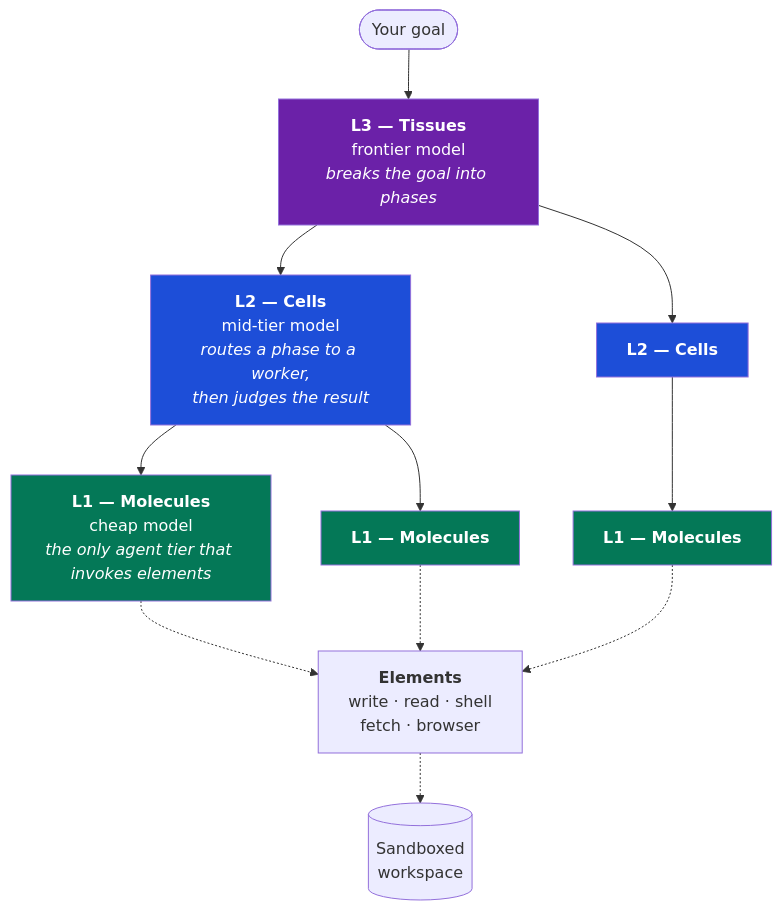
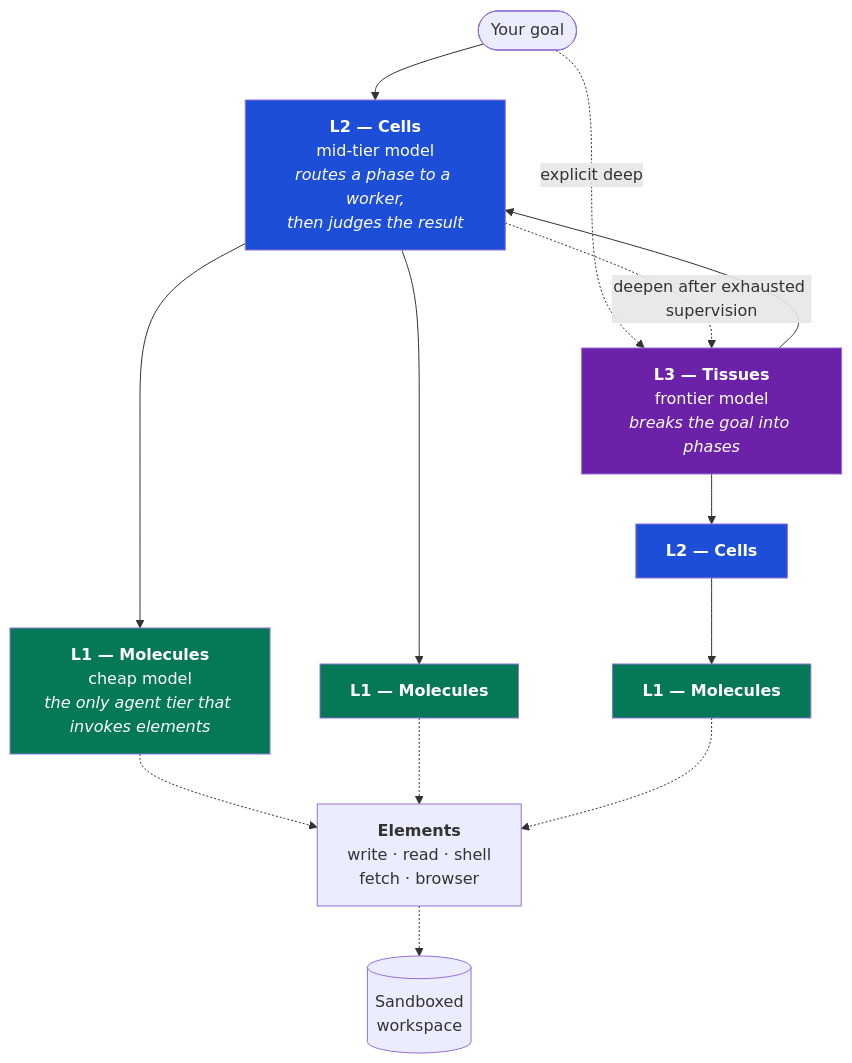
Before and after one commit to mgtf/atoma: the first of 6 diagrams in docs/how-it-works.md, drawn with Mermaid. The commit also changed other lines of this file and 17 other files, not shown here.

````diff
--- a/docs/how-it-works.md
+++ b/docs/how-it-works.md
@@ -26,22 +33,24 @@
 ```mermaid
 graph TB
-    APP([Your goal]) --> L3
+    APP([Your goal]) --> L2A
+    APP -. explicit deep .-> L3
+    L2A -. deepen after exhausted supervision .-> L3
     L3["<b>L3 — Tissues</b><br/>frontier model<br/><i>breaks the goal into phases</i>"] --> L2A
     L3 --> L2B
     L2A["<b>L2 — Cells</b><br/>mid-tier model<br/><i>routes a phase to a worker,<br/>then judges the result</i>"] --> L1A
     L2A --> L1B
     L2B["<b>L2 — Cells</b>"] --> L1C
     L1A["<b>L1 — Molecules</b><br/>cheap model<br/><i>the only agent tier that invokes elements</i>"]
     L1B["<b>L1 — Molecules</b>"]
     L1C["<b>L1 — Molecules</b>"]
     L1A -.-> E["<b>Elements</b><br/>write · read · shell<br/>fetch · browser"]
     L1B -.-> E
     L1C -.-> E
     E -.-> WS[("Sandboxed<br/>workspace")]
     style L3 fill:#6b21a8,color:#fff
     style L2A fill:#1d4ed8,color:#fff
     style L2B fill:#1d4ed8,color:#fff
     style L1A fill:#047857,color:#fff
     style L1B fill:#047857,color:#fff
     style L1C fill:#047857,color:#fff
 ```
````
